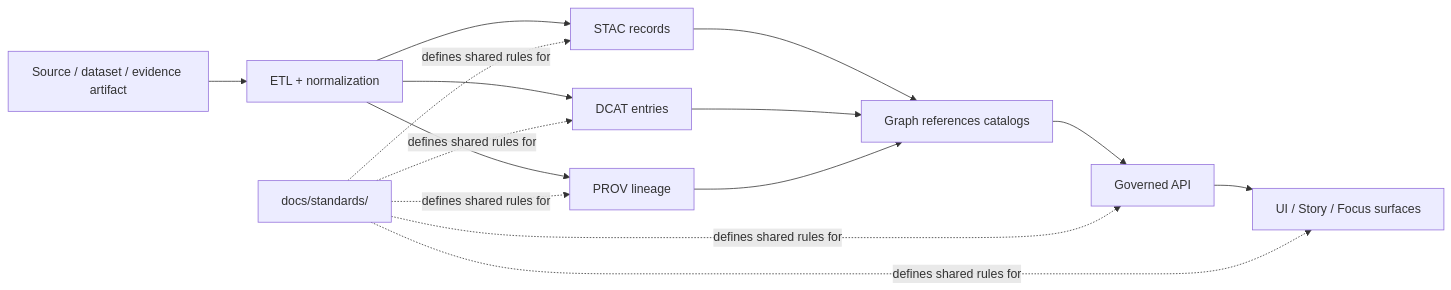
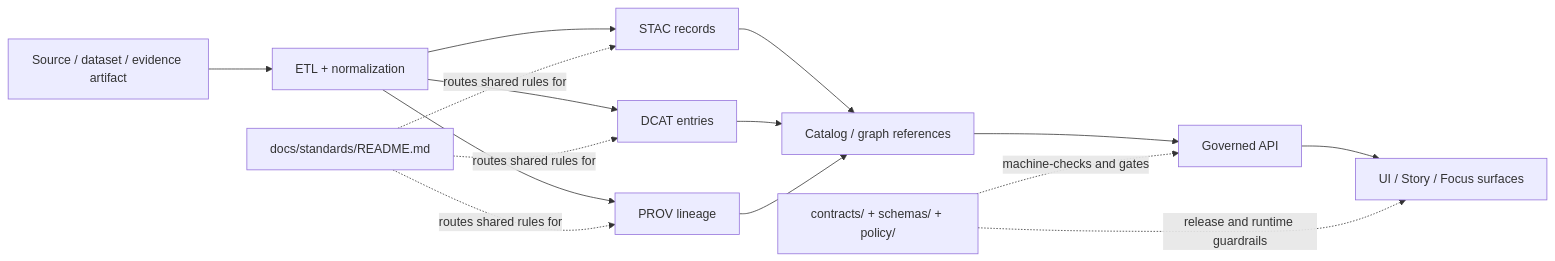
Before and after one commit to bartytime4life/Kansas-Frontier-Matrix: the diagram in docs/standards/README.md, drawn with Mermaid. The commit also changed other lines of this file, not shown here.

First line of the commit message:
Revise standards README for ownership and status

````diff
--- a/docs/standards/README.md
+++ b/docs/standards/README.md
@@ -168,17 +212,19 @@
 ```mermaid
 flowchart LR
     A[Source / dataset / evidence artifact] --> B[ETL + normalization]
     B --> C[STAC records]
     B --> D[DCAT entries]
     B --> E[PROV lineage]
-    C --> F[Graph references catalogs]
+    C --> F[Catalog / graph references]
     D --> F
     E --> F
     F --> G[Governed API]
     G --> H[UI / Story / Focus surfaces]
-    I[docs/standards/] -.defines shared rules for.-> C
-    I -.defines shared rules for.-> D
-    I -.defines shared rules for.-> E
-    I -.defines shared rules for.-> G
-    I -.defines shared rules for.-> H
+
+    I[docs/standards/README.md] -.routes shared rules for.-> C
+    I -.routes shared rules for.-> D
+    I -.routes shared rules for.-> E
+
+    J[contracts/ + schemas/ + policy/] -.machine-checks and gates.-> G
+    J -.release and runtime guardrails.-> H
 ```
````
